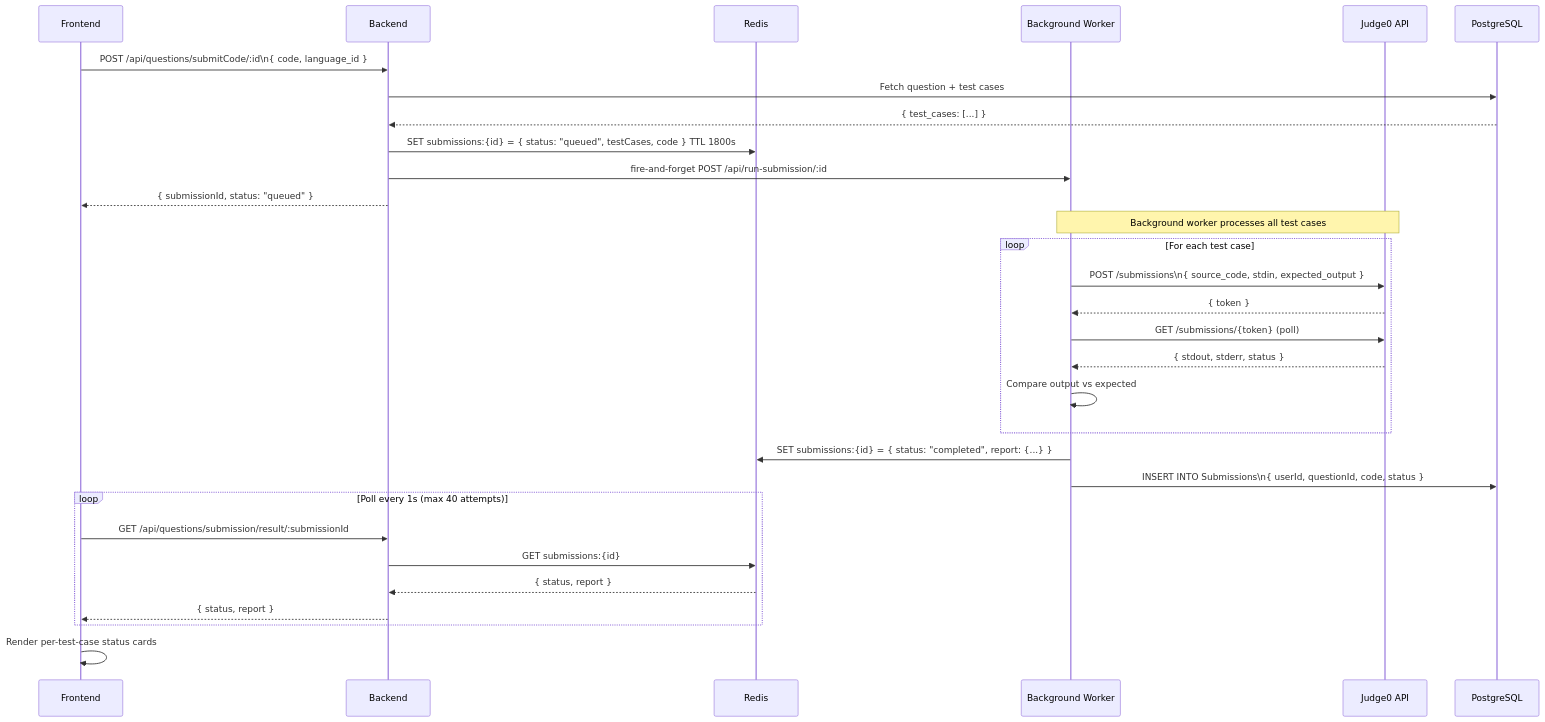
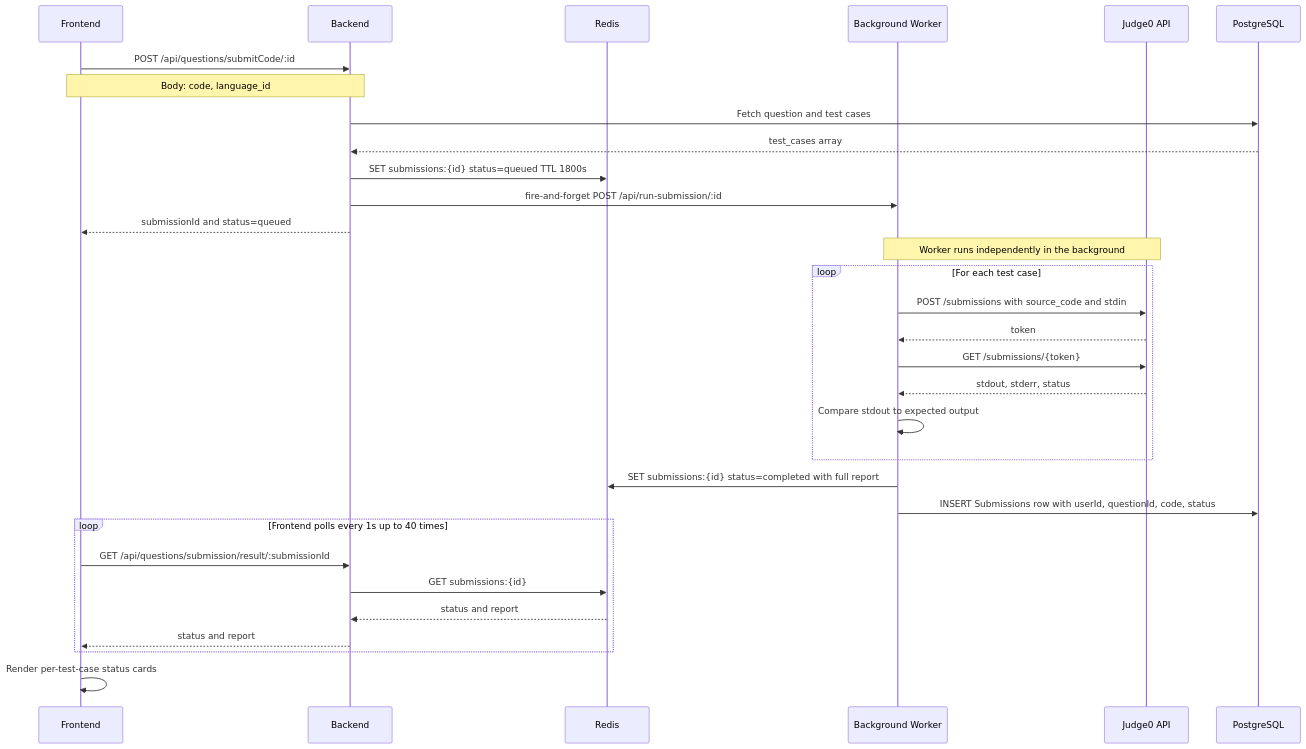
One commit to yatinsingh2007/VintiCode changed the fifth of 6 diagrams in README.md. Above: the diagram before and after it, drawn with Mermaid. The commit also changed other lines of this file, not shown here.

Commit message:
docs: update documentation, diagrams, and flow descriptions in README.md for clarity

````diff
--- a/README.md
+++ b/README.md
@@ -264,37 +268,38 @@
 ```mermaid
 sequenceDiagram
     participant FE as Frontend
     participant BE as Backend
     participant RD as Redis
     participant WK as Background Worker
     participant J0 as Judge0 API
     participant DB as PostgreSQL
 
-    FE->>BE: POST /api/questions/submitCode/:id\n{ code, language_id }
-    BE->>DB: Fetch question + test cases
-    DB-->>BE: { test_cases: [...] }
-    BE->>RD: SET submissions:{id} = { status: "queued", testCases, code }  TTL 1800s
+    FE->>BE: POST /api/questions/submitCode/:id
+    Note over FE,BE: Body: code, language_id
+    BE->>DB: Fetch question and test cases
+    DB-->>BE: test_cases array
+    BE->>RD: SET submissions:{id} status=queued TTL 1800s
     BE->>WK: fire-and-forget POST /api/run-submission/:id
-    BE-->>FE: { submissionId, status: "queued" }
+    BE-->>FE: submissionId and status=queued
 
-    Note over WK,J0: Background worker processes all test cases
+    Note over WK,J0: Worker runs independently in the background
     loop For each test case
-        WK->>J0: POST /submissions\n{ source_code, stdin, expected_output }
-        J0-->>WK: { token }
-        WK->>J0: GET /submissions/{token} (poll)
-        J0-->>WK: { stdout, stderr, status }
-        WK->>WK: Compare output vs expected
+        WK->>J0: POST /submissions with source_code and stdin
+        J0-->>WK: token
+        WK->>J0: GET /submissions/{token}
+        J0-->>WK: stdout, stderr, status
+        WK->>WK: Compare stdout to expected output
     end
 
-    WK->>RD: SET submissions:{id} = { status: "completed", report: {...} }
-    WK->>DB: INSERT INTO Submissions\n{ userId, questionId, code, status }
+    WK->>RD: SET submissions:{id} status=completed with full report
+    WK->>DB: INSERT Submissions row with userId, questionId, code, status
 
-    loop Poll every 1s (max 40 attempts)
+    loop Frontend polls every 1s up to 40 times
         FE->>BE: GET /api/questions/submission/result/:submissionId
         BE->>RD: GET submissions:{id}
-        RD-->>BE: { status, report }
-        BE-->>FE: { status, report }
+        RD-->>BE: status and report
+        BE-->>FE: status and report
     end
 
     FE->>FE: Render per-test-case status cards
 ```
````
